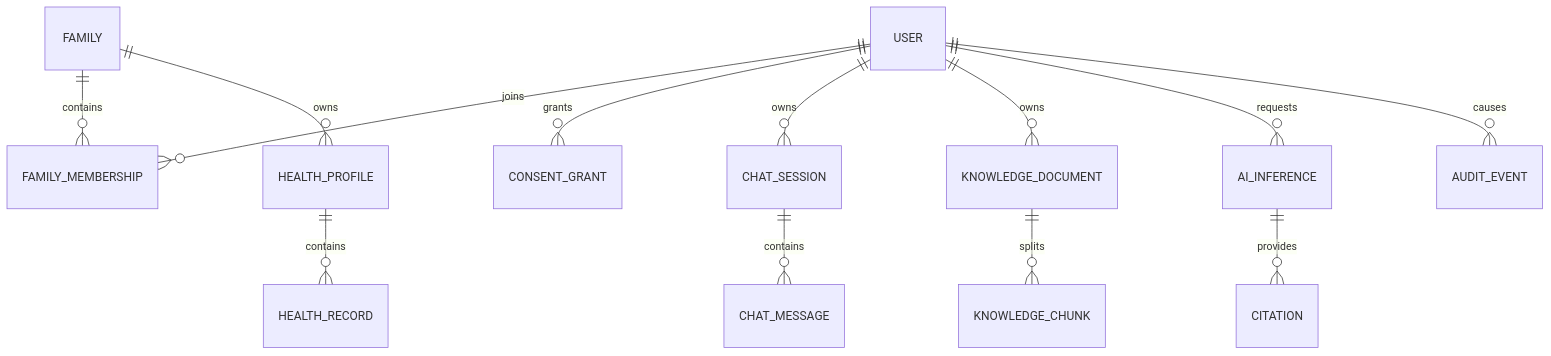
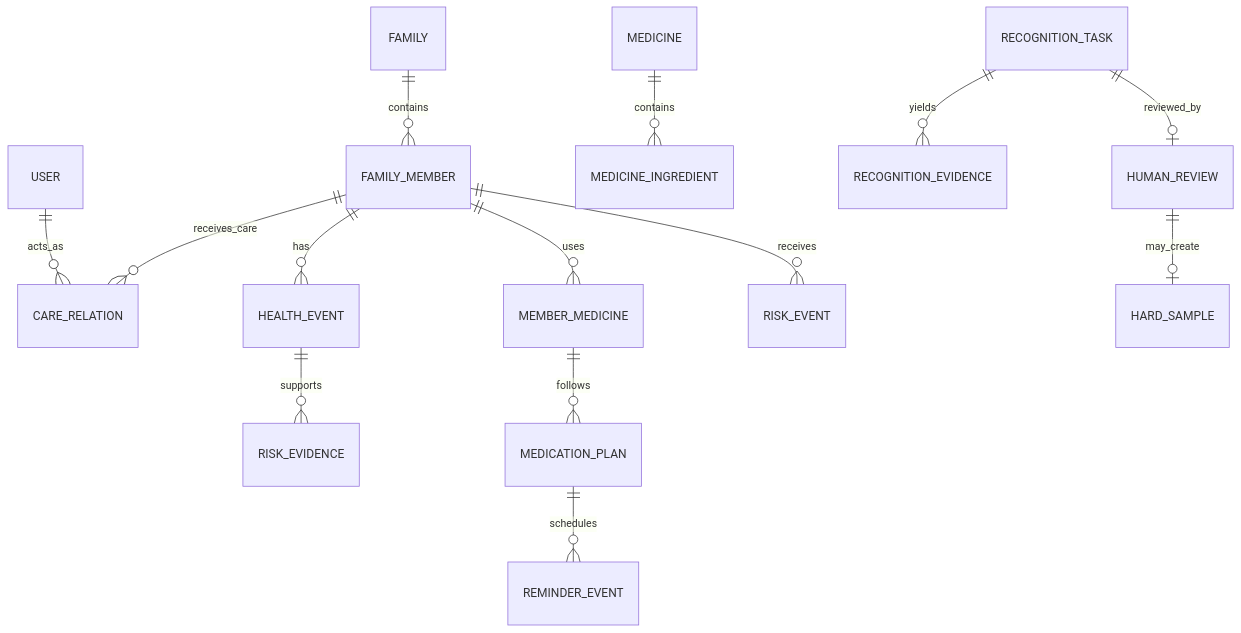
One commit to Meyt1n/issedu_ysu2026_3709 changed the diagram in docs/vibe-coding/13-领域模型与数据库设计.md. Above: the diagram before and after it, drawn with Mermaid. The commit also changed other lines of this file and 23 other files, not shown here.

````diff
--- a/docs/vibe-coding/13-领域模型与数据库设计.md
+++ b/docs/vibe-coding/13-领域模型与数据库设计.md
@@ -13,15 +13,16 @@
 ```mermaid
 erDiagram
-    USER ||--o{ FAMILY_MEMBERSHIP : joins
-    FAMILY ||--o{ FAMILY_MEMBERSHIP : contains
-    FAMILY ||--o{ HEALTH_PROFILE : owns
-    USER ||--o{ CONSENT_GRANT : grants
-    HEALTH_PROFILE ||--o{ HEALTH_RECORD : contains
-    USER ||--o{ CHAT_SESSION : owns
-    CHAT_SESSION ||--o{ CHAT_MESSAGE : contains
-    USER ||--o{ KNOWLEDGE_DOCUMENT : owns
-    KNOWLEDGE_DOCUMENT ||--o{ KNOWLEDGE_CHUNK : splits
-    USER ||--o{ AI_INFERENCE : requests
-    AI_INFERENCE ||--o{ CITATION : provides
-    USER ||--o{ AUDIT_EVENT : causes
+  FAMILY ||--o{ FAMILY_MEMBER : contains
+  USER ||--o{ CARE_RELATION : acts_as
+  FAMILY_MEMBER ||--o{ CARE_RELATION : receives_care
+  FAMILY_MEMBER ||--o{ HEALTH_EVENT : has
+  HEALTH_EVENT ||--o{ RISK_EVIDENCE : supports
+  FAMILY_MEMBER ||--o{ MEMBER_MEDICINE : uses
+  MEDICINE ||--o{ MEDICINE_INGREDIENT : contains
+  MEMBER_MEDICINE ||--o{ MEDICATION_PLAN : follows
+  MEDICATION_PLAN ||--o{ REMINDER_EVENT : schedules
+  FAMILY_MEMBER ||--o{ RISK_EVENT : receives
+  RECOGNITION_TASK ||--o{ RECOGNITION_EVIDENCE : yields
+  RECOGNITION_TASK ||--o| HUMAN_REVIEW : reviewed_by
+  HUMAN_REVIEW ||--o| HARD_SAMPLE : may_create
 ```
````
